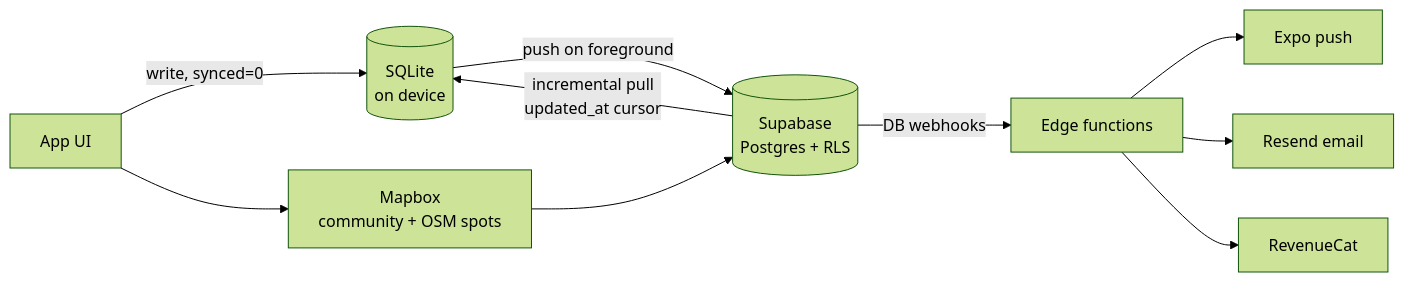
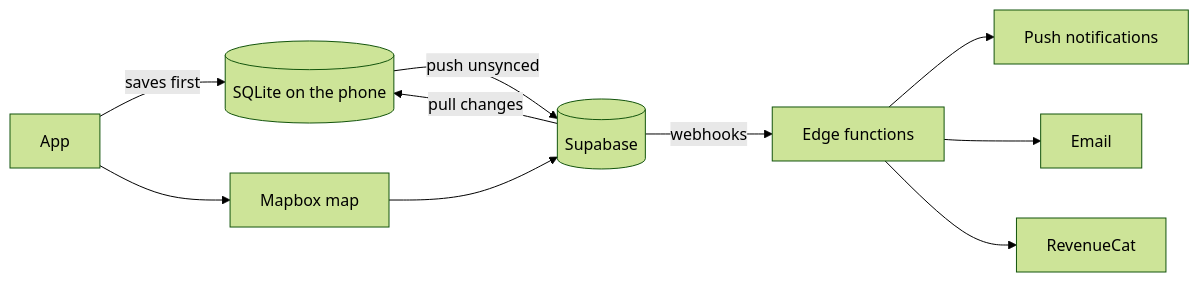
The diagram in README.md (erinnod/talus-app), drawn with Mermaid (forest theme) before and after one commit. The commit also changed other lines of this file, not shown here.

````diff
--- a/README.md
+++ b/README.md
@@ -44,12 +42,12 @@
 ```mermaid
 flowchart LR
-    UI[App UI] -->|write, synced=0| DB[(SQLite<br/>on device)]
-    DB -->|push on foreground| SB[(Supabase<br/>Postgres + RLS)]
-    SB -->|incremental pull<br/>updated_at cursor| DB
-    UI --> MAP[Mapbox<br/>community + OSM spots]
+    UI[App] -->|saves first| DB[(SQLite on the phone)]
+    DB -->|push unsynced| SB[(Supabase)]
+    SB -->|pull changes| DB
+    UI --> MAP[Mapbox map]
     MAP --> SB
-    SB -->|DB webhooks| EF[Edge functions]
-    EF --> PUSH[Expo push]
-    EF --> MAIL[Resend email]
+    SB -->|webhooks| EF[Edge functions]
+    EF --> PUSH[Push notifications]
+    EF --> MAIL[Email]
     EF --> RC[RevenueCat]
 ```
````
